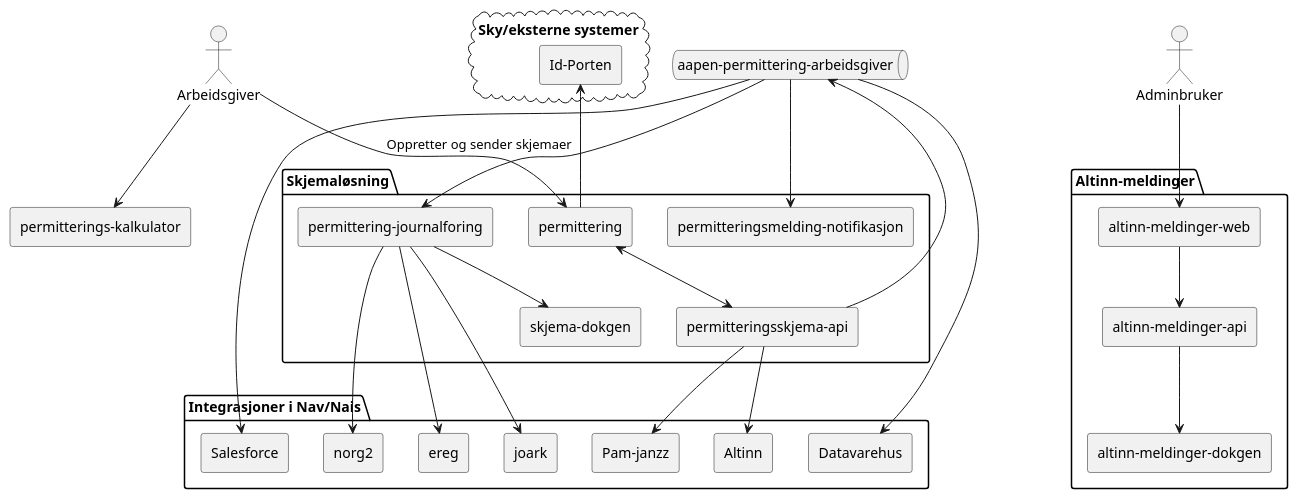
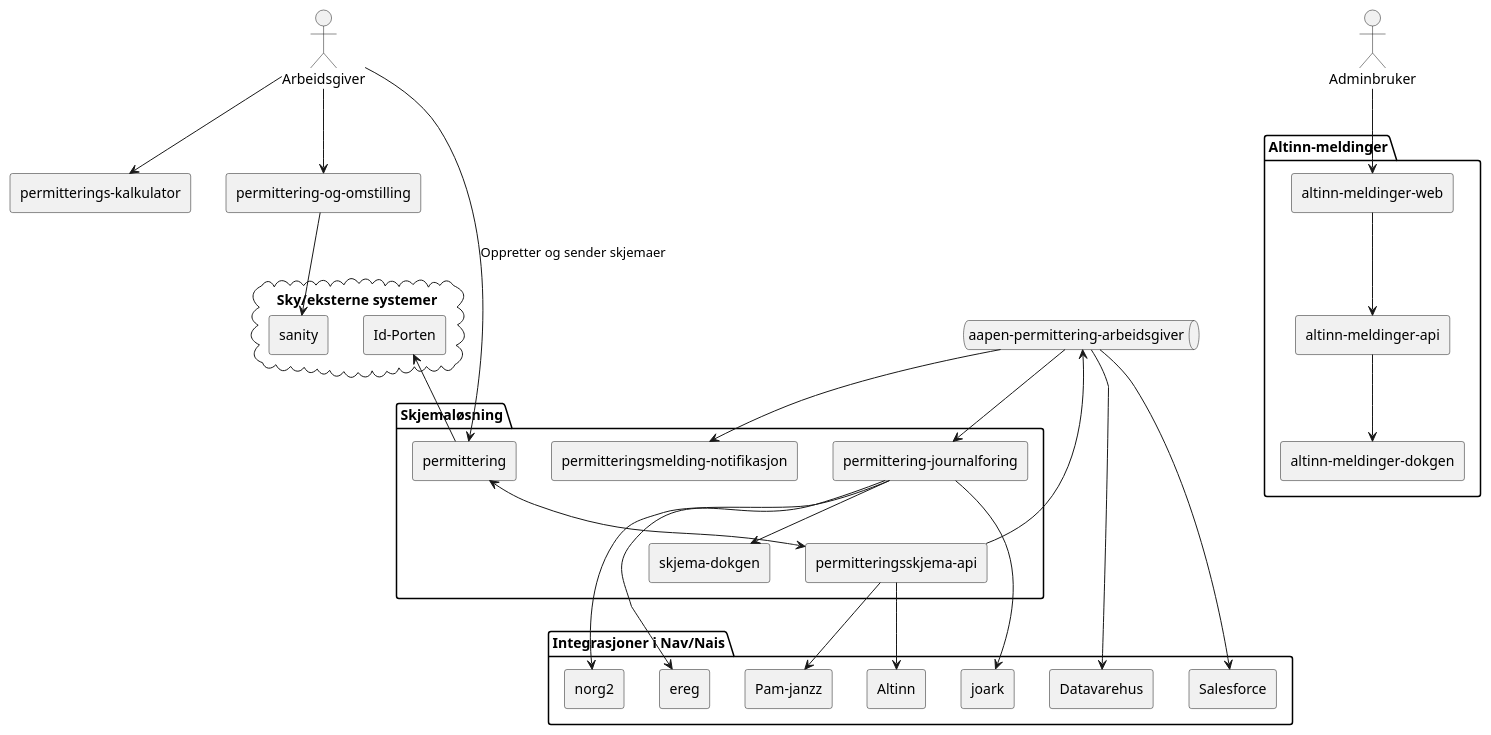
One commit to navikt/permittering-og-nedbemanning changed the diagram in docs/arkitektur.puml. Above: the diagram before and after it, drawn with PlantUML.

Commit message:
Lagt til veiviseren

```diff
--- a/docs/arkitektur.puml
+++ b/docs/arkitektur.puml
@@ -1,59 +1,64 @@
 @startuml
 skinparam componentStyle rectangle
 package "Skjemaløsning" {
   [permitteringsskjema-api]
   [permittering]
   [permittering-journalforing]
   [permitteringsmelding-notifikasjon]
   [skjema-dokgen]
 }
 
 package "Altinn-meldinger" {
   [altinn-meldinger-web]
   [altinn-meldinger-api]
   [altinn-meldinger-dokgen]
 }
 
 [permitterings-kalkulator]
 
+[permittering-og-omstilling]
+
 queue "aapen-permittering-arbeidsgiver"
 
 cloud "Sky/eksterne systemer" {
   [Id-Porten]
+  [sanity]
 }
 
 package "Integrasjoner i Nav/Nais" {
   [Altinn]
   [Pam-janzz]
   [Salesforce]
   [Datavarehus]
   [joark]
   [norg2]
   [ereg]
 }
 
 actor Arbeidsgiver
 actor Adminbruker
 
 Arbeidsgiver --> [permittering] : Oppretter og sender skjemaer
 [permittering] <--> [permitteringsskjema-api]
 [Id-Porten] <-- [permittering]
 [permitteringsskjema-api] --> [aapen-permittering-arbeidsgiver]
 [permitteringsskjema-api] --> [Pam-janzz]
 [permitteringsskjema-api] --> [Altinn]
 [aapen-permittering-arbeidsgiver] --> [permittering-journalforing]
 [aapen-permittering-arbeidsgiver] --> [permitteringsmelding-notifikasjon]
 [aapen-permittering-arbeidsgiver] --> [Salesforce]
 [aapen-permittering-arbeidsgiver] --> [Datavarehus]
 [permittering-journalforing] --> [skjema-dokgen]
 [permittering-journalforing] --> [joark]
 [permittering-journalforing] --> [norg2]
 [permittering-journalforing] --> [ereg]
 
 Adminbruker --> [altinn-meldinger-web]
 [altinn-meldinger-web] --> [altinn-meldinger-api]
 [altinn-meldinger-api] --> [altinn-meldinger-dokgen]
 
 Arbeidsgiver --> [permitterings-kalkulator]
+Arbeidsgiver --> [permittering-og-omstilling]
+[permittering-og-omstilling] --> [sanity]
 
 @enduml
```
